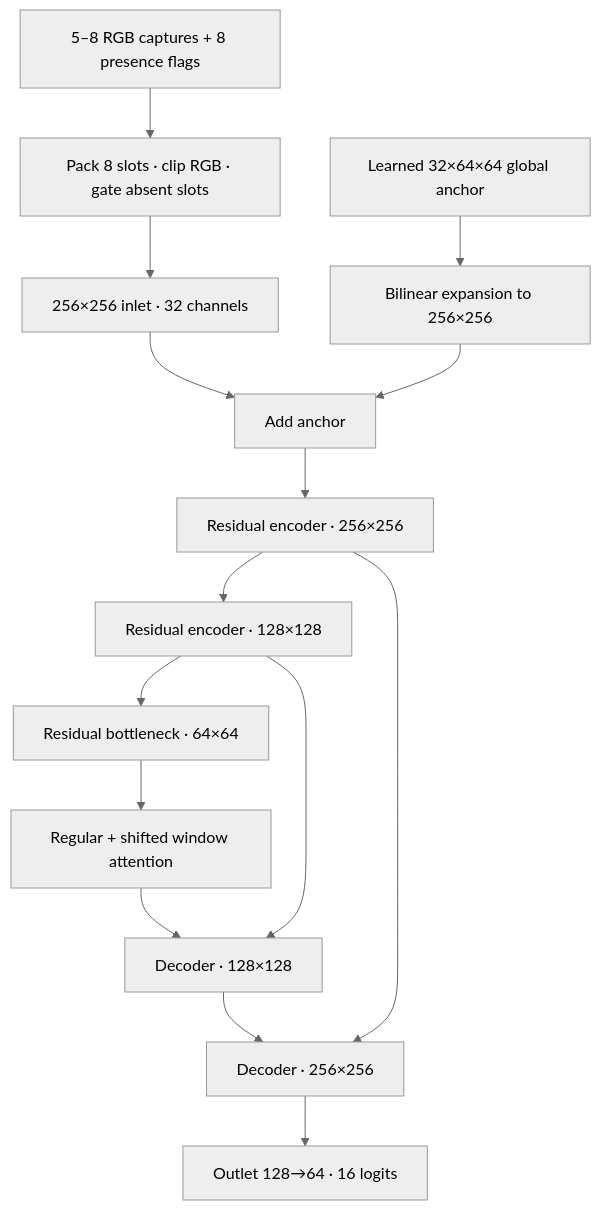
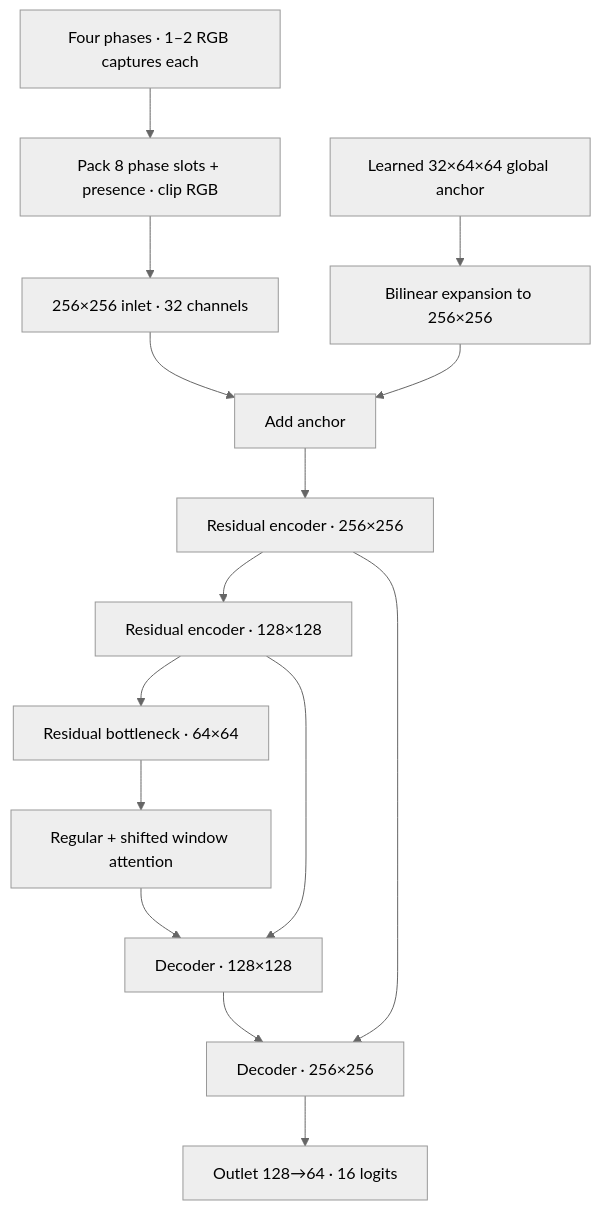
The third of 3 diagrams in docs/OPTICAL_DECODER.md (magnux/neural_cryptography), drawn with Mermaid (neutral theme) before and after one commit. The commit also changed other lines of this file and 37 other files, not shown here.

First line of the commit message:
Group attention decoder inputs across four palette phases

````diff
--- a/docs/OPTICAL_DECODER.md
+++ b/docs/OPTICAL_DECODER.md
@@ -153,17 +155,17 @@
 ```mermaid
 flowchart TD
-  I["5–8 RGB captures + 8 presence flags"] --> P["Pack 8 slots · clip RGB · gate absent slots"]
+  I["Four phases · 1–2 RGB captures each"] --> P["Pack 8 phase slots + presence · clip RGB"]
   P --> N["256×256 inlet · 32 channels"]
   A["Learned 32×64×64 global anchor"] --> R["Bilinear expansion to 256×256"]
   N --> S["Add anchor"]
   R --> S
   S --> E0["Residual encoder · 256×256"]
   E0 --> E1["Residual encoder · 128×128"]
   E1 --> B["Residual bottleneck · 64×64"]
   B --> W["Regular + shifted window attention"]
   W --> D1["Decoder · 128×128"]
   E1 --> D1
   D1 --> D0["Decoder · 256×256"]
   E0 --> D0
   D0 --> O["Outlet 128→64 · 16 logits"]
 ```
````
